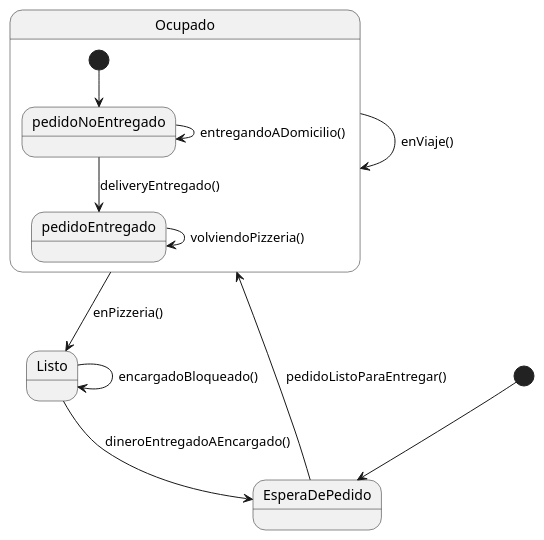
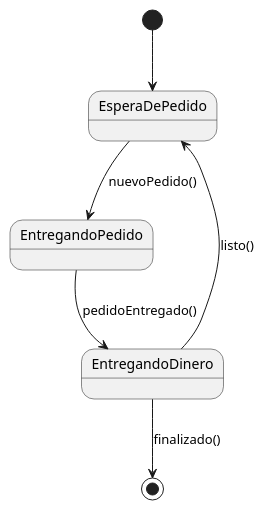
One commit to franciscolmos/PC-Ejercicios changed the diagram in Delivery/UML/delivery.puml. Above: the diagram before and after it, drawn with PlantUML. The commit also changed 3 other files, not shown here.

Commit message:
correcciones en los diagramas de estados

```diff
--- a/Delivery/UML/delivery.puml
+++ b/Delivery/UML/delivery.puml
@@ -1,14 +1,7 @@
 @startuml Delivery
-    state Ocupado {
-        [*] --> pedidoNoEntregado
-        pedidoNoEntregado --> pedidoNoEntregado : entregandoADomicilio()
-        pedidoNoEntregado --> pedidoEntregado : deliveryEntregado()
-        pedidoEntregado --> pedidoEntregado : volviendoPizzeria()
-    }
     [*] --> EsperaDePedido
-    EsperaDePedido --> Ocupado : pedidoListoParaEntregar()
-    Ocupado --> Ocupado : enViaje()
-    Ocupado --> Listo : enPizzeria()
-    Listo --> Listo : encargadoBloqueado()
-    Listo --> EsperaDePedido : dineroEntregadoAEncargado()
+    EsperaDePedido --> EntregandoPedido : nuevoPedido()
+    EntregandoPedido --> EntregandoDinero : pedidoEntregado()
+    EntregandoDinero --> EsperaDePedido : listo()
+    EntregandoDinero --> [*] : finalizado()
 @enduml
```
